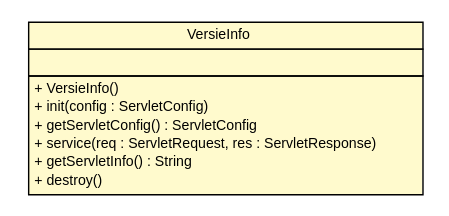
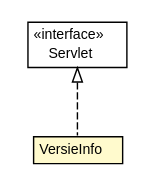
Before and after one commit to B3Partners/brmo: the diagram in brmo-init-util/apidocs/nl/b3p/brmo/service/util/VersieInfo.dot, drawn with Graphviz. The commit also changed 49 other files, not shown here.

```diff
--- a/brmo-init-util/apidocs/nl/b3p/brmo/service/util/VersieInfo.dot
+++ b/brmo-init-util/apidocs/nl/b3p/brmo/service/util/VersieInfo.dot
@@ -1,29 +1,27 @@
 #!/usr/local/bin/dot
 #
 # Class diagram 
 # Generated by UMLGraph version R5_6-24-gf6e263 (http://www.umlgraph.org/)
 #
 
 digraph G {
 	edge [fontname="Helvetica",fontsize=10,labelfontname="Helvetica",labelfontsize=10];
 	node [fontname="Helvetica",fontsize=10,shape=plaintext];
 	nodesep=0.25;
 	ranksep=0.5;
 	// nl.b3p.brmo.service.util.VersieInfo
-	c14 [label=<<table title="nl.b3p.brmo.service.util.VersieInfo" border="0" cellborder="1" cellspacing="0" cellpadding="2" port="p" bgcolor="lemonChiffon" href="./VersieInfo.html">
+	c16 [label=<<table title="nl.b3p.brmo.service.util.VersieInfo" border="0" cellborder="1" cellspacing="0" cellpadding="2" port="p" bgcolor="lemonChiffon" href="./VersieInfo.html">
 		<tr><td><table border="0" cellspacing="0" cellpadding="1">
 <tr><td align="center" balign="center"> VersieInfo </td></tr>
 		</table></td></tr>
+		</table>>, URL="./VersieInfo.html", fontname="Helvetica", fontcolor="black", fontsize=10.0];
+	//nl.b3p.brmo.service.util.VersieInfo implements javax.servlet.Servlet
+	c18:p -> c16:p [dir=back,arrowtail=empty,style=dashed];
+	// javax.servlet.Servlet
+	c18 [label=<<table title="javax.servlet.Servlet" border="0" cellborder="1" cellspacing="0" cellpadding="2" port="p">
 		<tr><td><table border="0" cellspacing="0" cellpadding="1">
-<tr><td align="left" balign="left">  </td></tr>
+<tr><td align="center" balign="center"> &#171;interface&#187; </td></tr>
+<tr><td align="center" balign="center"> Servlet </td></tr>
 		</table></td></tr>
-		<tr><td><table border="0" cellspacing="0" cellpadding="1">
-<tr><td align="left" balign="left"> + VersieInfo() </td></tr>
-<tr><td align="left" balign="left"> + init(config : ServletConfig) </td></tr>
-<tr><td align="left" balign="left"> + getServletConfig() : ServletConfig </td></tr>
-<tr><td align="left" balign="left"> + service(req : ServletRequest, res : ServletResponse) </td></tr>
-<tr><td align="left" balign="left"> + getServletInfo() : String </td></tr>
-<tr><td align="left" balign="left"> + destroy() </td></tr>
-		</table></td></tr>
-		</table>>, URL="./VersieInfo.html", fontname="Helvetica", fontcolor="black", fontsize=10.0];
+		</table>>, URL="null", fontname="Helvetica", fontcolor="black", fontsize=10.0];
 }
```
